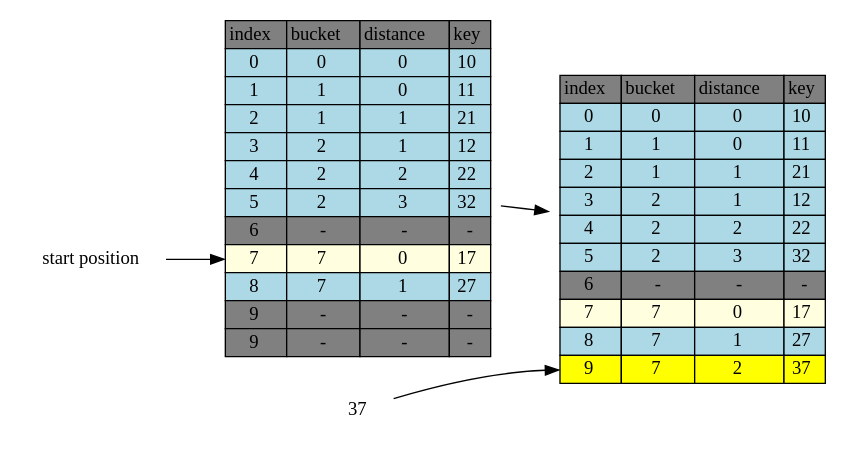
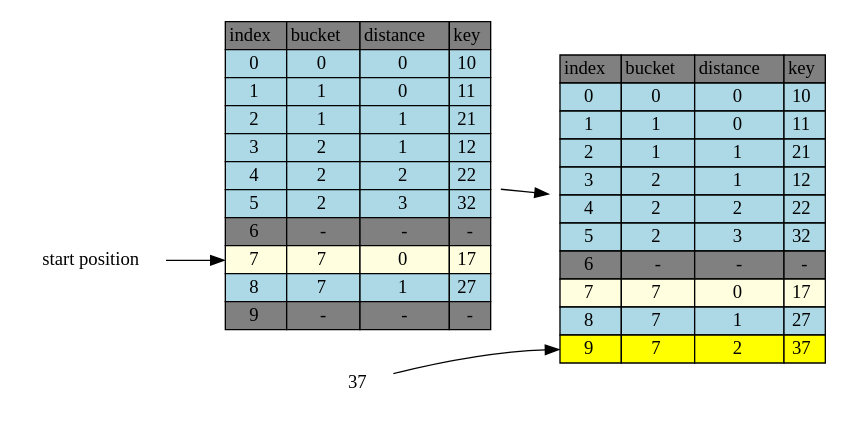
The diagram in hashing/robinhood-insert-37.dot (jasonlue/digest), drawn with Graphviz before and after one commit. The commit also changed 2 other files, not shown here.

```diff
--- a/hashing/robinhood-insert-37.dot
+++ b/hashing/robinhood-insert-37.dot
@@ -1,155 +1,149 @@
 digraph table{
     rankdir=LR
     node[shape=plaintext]
 
     table[label=<
         <TABLE BORDER="0" CELLBORDER="1" CELLSPACING="0">
             <TR>
                 <TD BGCOLOR="grey">index</TD>
                 <TD BGCOLOR="grey">bucket</TD>
                 <TD BGCOLOR="grey">distance</TD>
                 <TD BGCOLOR="grey">key</TD>
             </TR>           
             <TR>
                 <TD BGCOLOR="lightblue" PORT="i0">0</TD>
                 <TD BGCOLOR="lightblue">0</TD>
                 <TD BGCOLOR="lightblue">0</TD>
                 <TD BGCOLOR="lightblue" PORT="k0">10</TD>
             </TR>           
             <TR>
                 <TD BGCOLOR="lightblue" PORT="i1">1</TD>
                 <TD BGCOLOR="lightblue">1</TD>
                 <TD BGCOLOR="lightblue">0</TD>
                 <TD BGCOLOR="lightblue" PORT="k1">11</TD>
             </TR>           
             <TR>
                 <TD BGCOLOR="lightblue" PORT="i2">2</TD>
                 <TD BGCOLOR="lightblue">1</TD>
                 <TD BGCOLOR="lightblue">1</TD>
                 <TD BGCOLOR="lightblue" PORT="k2">21</TD>
             </TR>           
             <TR>
                 <TD BGCOLOR="lightblue" PORT="i3">3</TD>
                 <TD BGCOLOR="lightblue">2</TD>
                 <TD BGCOLOR="lightblue">1</TD>
                 <TD BGCOLOR="lightblue" PORT="k3">12</TD>
             </TR>           
             <TR>
                 <TD BGCOLOR="lightblue" PORT="i4">4</TD>
                 <TD BGCOLOR="lightblue">2</TD>
                 <TD BGCOLOR="lightblue">2</TD>
                 <TD BGCOLOR="lightblue" PORT="k4">22</TD>
             </TR>           
             <TR>
                 <TD BGCOLOR="lightblue" PORT="i5">5</TD>
                 <TD BGCOLOR="lightblue">2</TD>
                 <TD BGCOLOR="lightblue">3</TD>
                 <TD BGCOLOR="lightblue" PORT="k5">32</TD>
             </TR>
             <TR>
                 <TD BGCOLOR="grey" PORT="i6">6</TD>
                 <TD BGCOLOR="grey">-</TD>
                 <TD BGCOLOR="grey">-</TD>
                 <TD BGCOLOR="grey" PORT="k6">-</TD> 
             </TR>           
             <TR>
                 <TD BGCOLOR="lightyellow" PORT="i7">7</TD>
                 <TD BGCOLOR="lightyellow">7</TD>
                 <TD BGCOLOR="lightyellow">0</TD>
                 <TD BGCOLOR="lightyellow" PORT="k7">17</TD>
             </TR>           
             <TR>
                 <TD BGCOLOR="lightblue" PORT="i8">8</TD>
                 <TD BGCOLOR="lightblue">7</TD>
                 <TD BGCOLOR="lightblue">1</TD>
                 <TD BGCOLOR="lightblue" PORT="k8">27</TD>
-            </TR>           
-            <TR>
-                <TD BGCOLOR="grey" PORT="i9">9</TD>
-                <TD BGCOLOR="grey">-</TD>
-                <TD BGCOLOR="grey">-</TD>
-                <TD BGCOLOR="grey" PORT="k9">-</TD>
             </TR>           
             <TR>
                 <TD BGCOLOR="grey" PORT="i9">9</TD>
                 <TD BGCOLOR="grey">-</TD>
                 <TD BGCOLOR="grey">-</TD>
                 <TD BGCOLOR="grey" PORT="k9">-</TD>
             </TR>           
         </TABLE>
     >]
      table2[label=<
         <TABLE BORDER="0" CELLBORDER="1" CELLSPACING="0">
             <TR>
                 <TD BGCOLOR="grey">index</TD>
                 <TD BGCOLOR="grey">bucket</TD>
                 <TD BGCOLOR="grey">distance</TD>
                 <TD BGCOLOR="grey">key</TD>
             </TR>           
             <TR>
                 <TD BGCOLOR="lightblue" PORT="i0">0</TD>
                 <TD BGCOLOR="lightblue">0</TD>
                 <TD BGCOLOR="lightblue">0</TD>
                 <TD BGCOLOR="lightblue" PORT="k0">10</TD>
             </TR>           
             <TR>
                 <TD BGCOLOR="lightblue" PORT="i1">1</TD>
                 <TD BGCOLOR="lightblue">1</TD>
                 <TD BGCOLOR="lightblue">0</TD>
                 <TD BGCOLOR="lightblue" PORT="k1">11</TD>
             </TR>           
             <TR>
                 <TD BGCOLOR="lightblue" PORT="i2">2</TD>
                 <TD BGCOLOR="lightblue">1</TD>
                 <TD BGCOLOR="lightblue">1</TD>
                 <TD BGCOLOR="lightblue" PORT="k2">21</TD>
             </TR>           
             <TR>
                 <TD BGCOLOR="lightblue" PORT="i3">3</TD>
                 <TD BGCOLOR="lightblue">2</TD>
                 <TD BGCOLOR="lightblue">1</TD>
                 <TD BGCOLOR="lightblue" PORT="k3">12</TD>
             </TR>           
             <TR>
                 <TD BGCOLOR="lightblue" PORT="i4">4</TD>
                 <TD BGCOLOR="lightblue">2</TD>
                 <TD BGCOLOR="lightblue">2</TD>
                 <TD BGCOLOR="lightblue" PORT="k4">22</TD>
             </TR>           
             <TR>
                 <TD BGCOLOR="lightblue" PORT="i5">5</TD>
                 <TD BGCOLOR="lightblue">2</TD>
                 <TD BGCOLOR="lightblue">3</TD>
                 <TD BGCOLOR="lightblue" PORT="k5">32</TD>
             </TR>
             <TR>
                 <TD BGCOLOR="grey" PORT="i6">6</TD>
                 <TD BGCOLOR="grey">-</TD>
                 <TD BGCOLOR="grey">-</TD>
                 <TD BGCOLOR="grey" PORT="k6">-</TD> 
             </TR>           
             <TR>
                 <TD BGCOLOR="lightyellow" PORT="i7">7</TD>
                 <TD BGCOLOR="lightyellow">7</TD>
                 <TD BGCOLOR="lightyellow">0</TD>
                 <TD BGCOLOR="lightyellow" PORT="k7">17</TD>
             </TR>           
             <TR>
                 <TD BGCOLOR="lightblue" PORT="i8">8</TD>
                 <TD BGCOLOR="lightblue">7</TD>
                 <TD BGCOLOR="lightblue">1</TD>
                 <TD BGCOLOR="lightblue" PORT="k8">27</TD>
             </TR>           
             <TR>
                 <TD BGCOLOR="yellow" PORT="i9">9</TD>
                 <TD BGCOLOR="yellow">7</TD>
                 <TD BGCOLOR="yellow">2</TD>
                 <TD BGCOLOR="yellow" PORT="k9">37</TD>
             </TR>           
         </TABLE>
     >]
 
  "start position" -> table:i7
  table->table2
  "37"->table2:i9
 }
```
